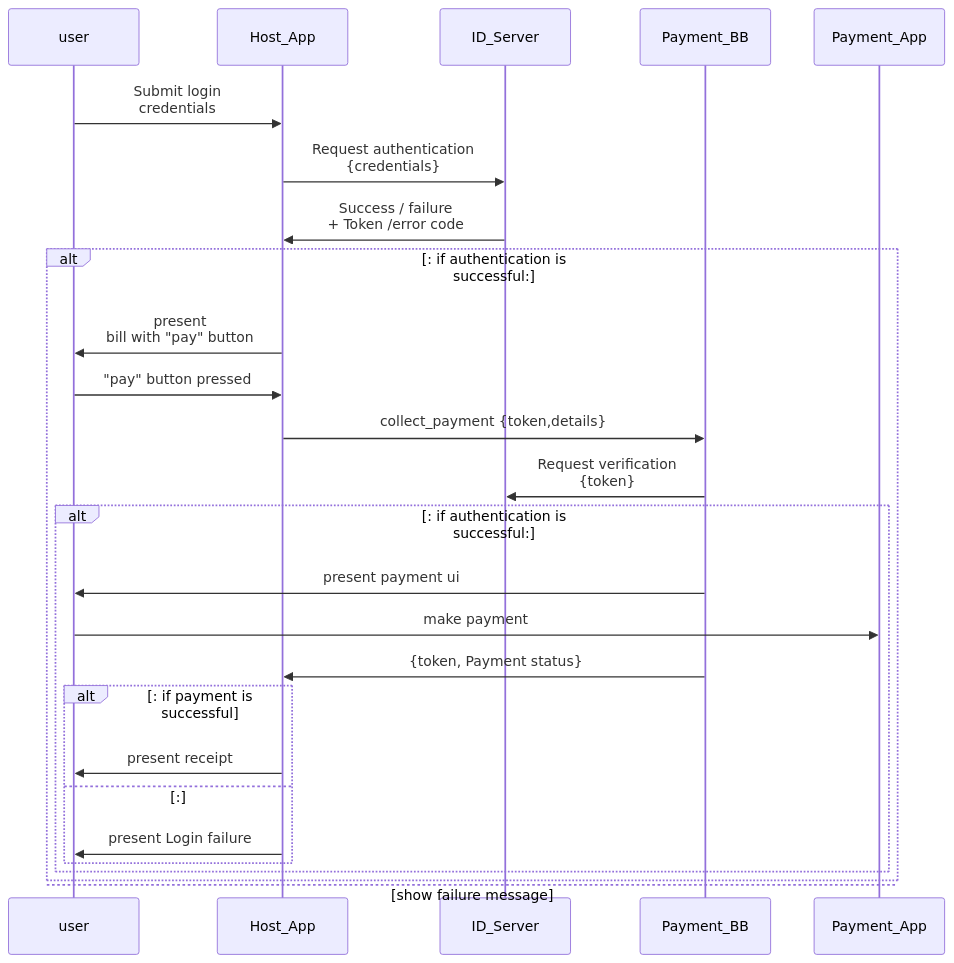
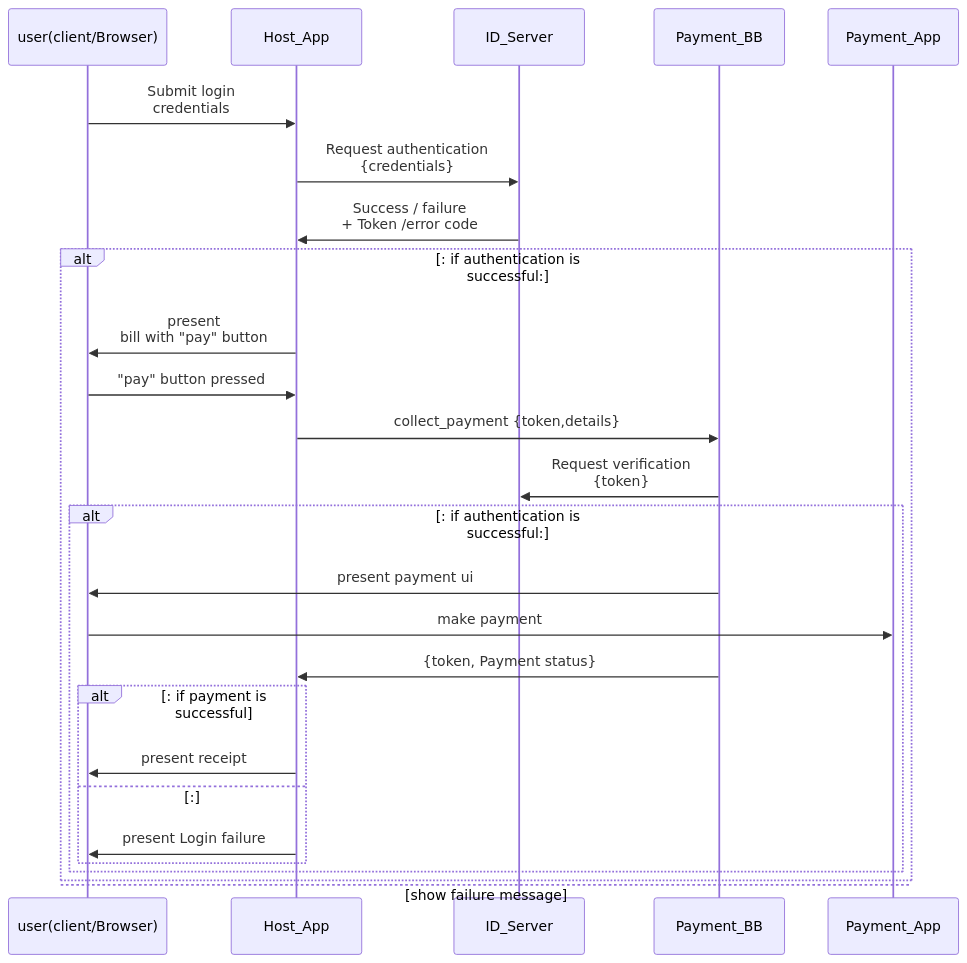
One commit to GovStackWorkingGroup/specifications changed the first of 3 diagrams in architecture-and-nonfunctional-requirements/8-future-considerations.md. Above: the diagram before and after it, drawn with Mermaid. The commit also changed other lines of this file, not shown here.

````diff
--- a/architecture-and-nonfunctional-requirements/8-future-considerations.md
+++ b/architecture-and-nonfunctional-requirements/8-future-considerations.md
@@ -27,23 +27,23 @@
 ```mermaid
 sequenceDiagram
-user->>Host_App: Submit login <br> credentials 
+user(client/Browser)->>Host_App: Submit login <br> credentials 
 Host_App->>ID_Server: Request authentication<br>{credentials}
 ID_Server->>Host_App: Success / failure <br>+ Token /error code
 alt: if authentication is <br>successful:
-   Host_App->>user: present <br>bill with "pay" button
-   user->>Host_App: "pay" button pressed 
+   Host_App->>user(client/Browser): present <br>bill with "pay" button
+   user(client/Browser)->>Host_App: "pay" button pressed 
    Host_App->>Payment_BB:  collect_payment {token,details}
    Payment_BB->>ID_Server: Request verification <br>{token}
    alt: if authentication is <br>successful:
-     Payment_BB->>user: present payment ui 
-     user->>Payment_App: make payment
+     Payment_BB->>user(client/Browser): present payment ui 
+     user(client/Browser)->>Payment_App: make payment
      Payment_BB->> Host_App: {token, Payment status}
      alt: if payment is successful
-       Host_App->>user: present receipt
+       Host_App->>user(client/Browser): present receipt
      else:
-       Host_App->>user: present Login failure     
+       Host_App->>user(client/Browser): present Login failure     
      end
    end
 else show failure message
 end
 ```
````
